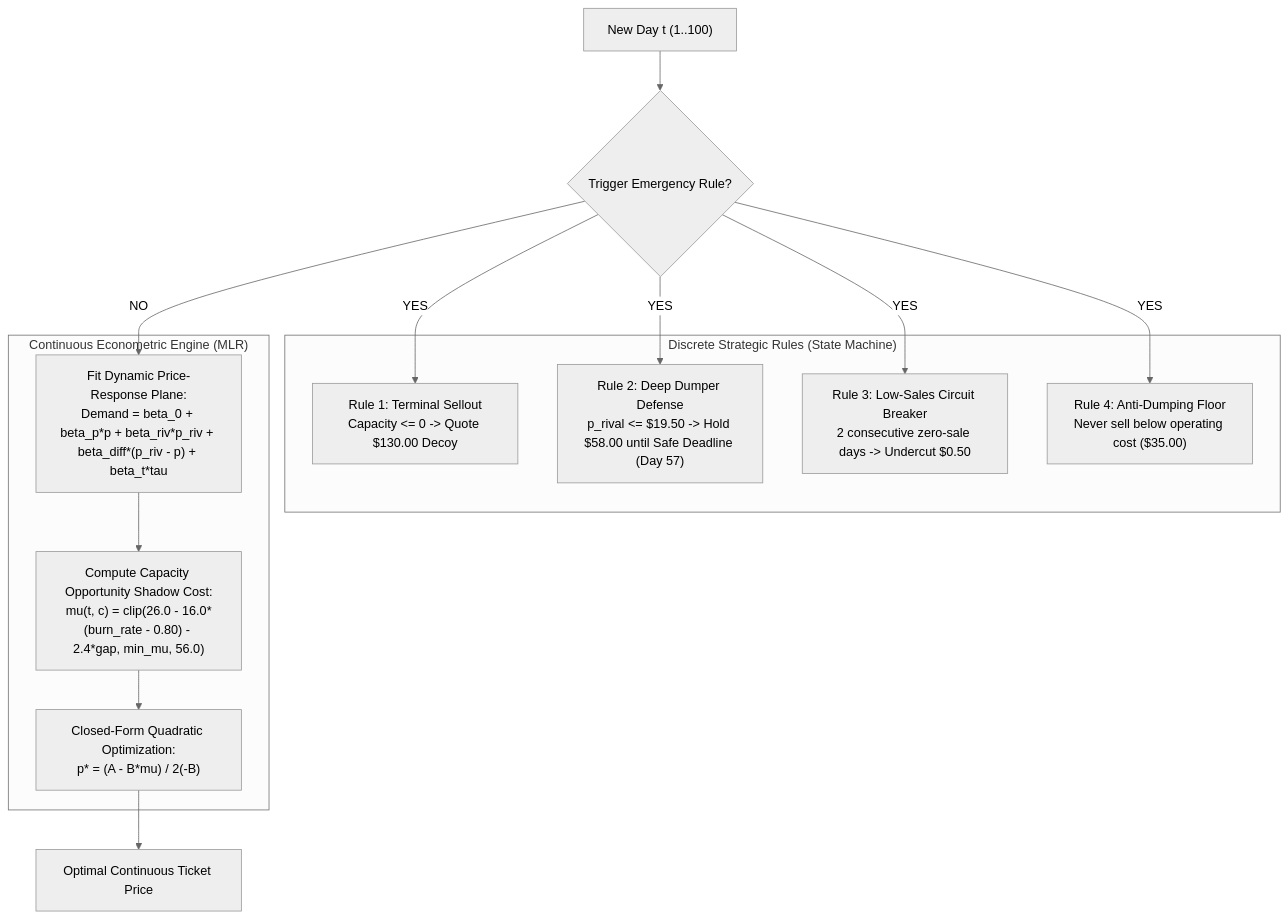
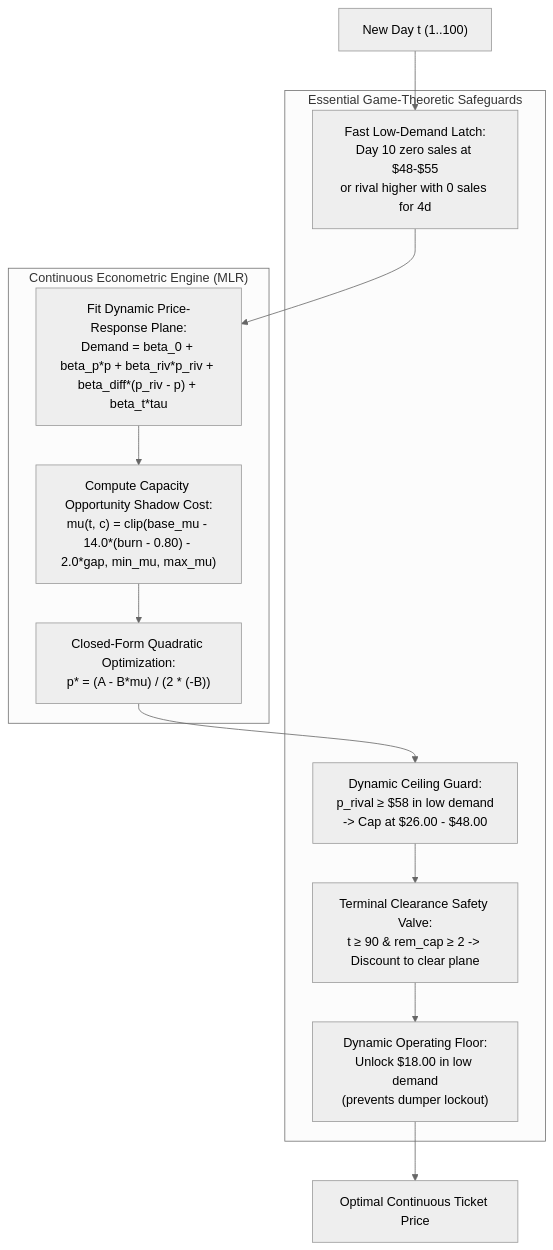
One commit to RamezCh/Learning-Optimization changed the fourth of 4 diagrams in PRESENTATION.md. Above: the diagram before and after it, drawn with Mermaid (neutral theme). The commit also changed other lines of this file and 16 other files, not shown here.

Commit message:
feat(v6.0): unify econometric MLR engine with 3-regime priors, fast low-demand detection, and simulation studio

````diff
--- a/PRESENTATION.md
+++ b/PRESENTATION.md
@@ -154,19 +176,17 @@
 ```mermaid
 flowchart TD
-    subgraph "Discrete Strategic Rules (State Machine)"
-        R1["Rule 1: Terminal Sellout<br/>Capacity <= 0 -> Quote $130.00 Decoy"]
-        R2["Rule 2: Deep Dumper Defense<br/>p_rival <= $19.50 -> Hold $58.00 until Safe Deadline (Day 57)"]
-        R3["Rule 3: Low-Sales Circuit Breaker<br/>2 consecutive zero-sale days -> Undercut $0.50"]
-        R4["Rule 4: Anti-Dumping Floor<br/>Never sell below operating cost ($35.00)"]
+    subgraph "Essential Game-Theoretic Safeguards"
+        G1["Fast Low-Demand Latch:<br/>Day 10 zero sales at $48-$55<br/>or rival higher with 0 sales for 4d"]
+        G2["Dynamic Ceiling Guard:<br/>p_rival ≥ $58 in low demand<br/>-> Cap at $26.00 - $48.00"]
+        G3["Dynamic Operating Floor:<br/>Unlock $18.00 in low demand<br/>(prevents dumper lockout)"]
+        G4["Terminal Clearance Safety Valve:<br/>t ≥ 90 & rem_cap ≥ 2 -> Discount to clear plane"]
     end
 
     subgraph "Continuous Econometric Engine (MLR)"
         M1["Fit Dynamic Price-Response Plane:<br/>Demand = beta_0 + beta_p*p + beta_riv*p_riv + beta_diff*(p_riv - p) + beta_t*tau"]
-        M2["Compute Capacity Opportunity Shadow Cost:<br/>mu(t, c) = clip(26.0 - 16.0*(burn_rate - 0.80) - 2.4*gap, min_mu, 56.0)"]
-        M3["Closed-Form Quadratic Optimization:<br/>p* = (A - B*mu) / 2(-B)"]
+        M2["Compute Capacity Opportunity Shadow Cost:<br/>mu(t, c) = clip(base_mu - 14.0*(burn - 0.80) - 2.0*gap, min_mu, max_mu)"]
+        M3["Closed-Form Quadratic Optimization:<br/>p* = (A - B*mu) / (2 * (-B))"]
     end
 
-    Input["New Day t (1..100)"] --> Check{"Trigger Emergency Rule?"}
-    Check -- "YES" --> R1 & R2 & R3 & R4
-    Check -- "NO" --> M1 --> M2 --> M3 --> FinalPrice["Optimal Continuous Ticket Price"]
+    Input["New Day t (1..100)"] --> G1 --> M1 --> M2 --> M3 --> G2 --> G4 --> G3 --> Output["Optimal Continuous Ticket Price"]
 ```
````
